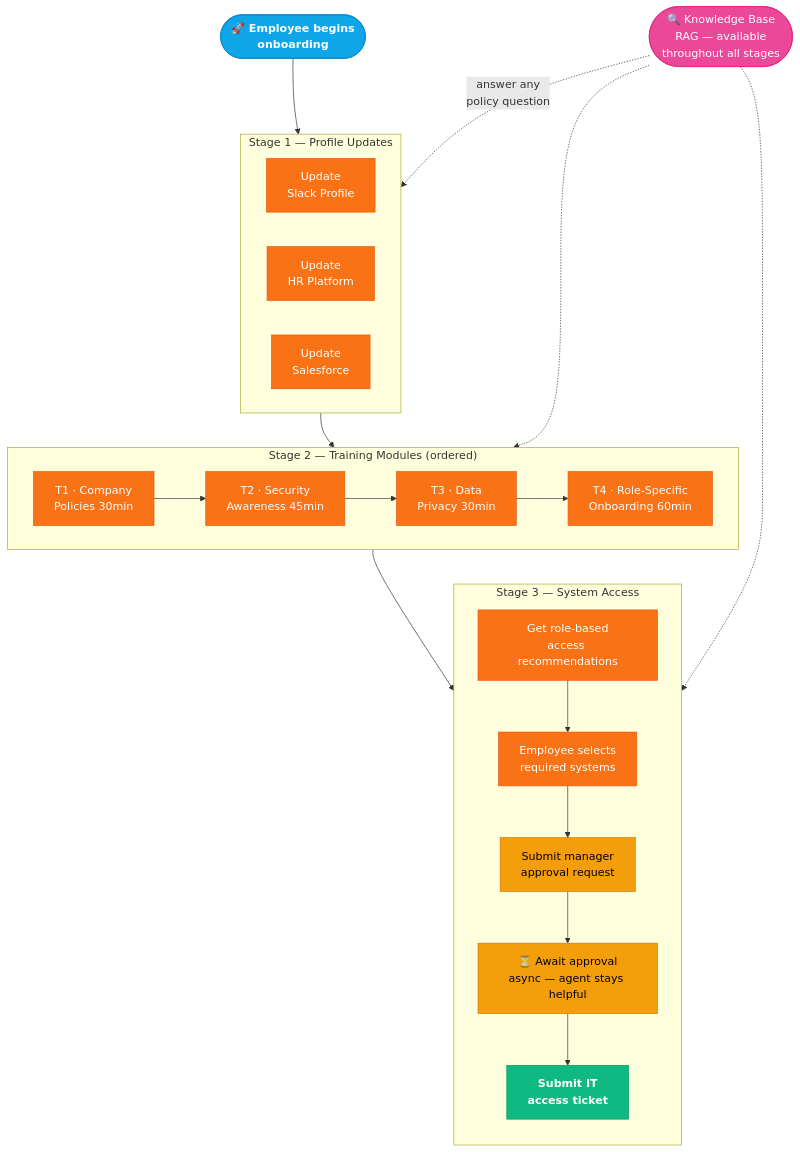
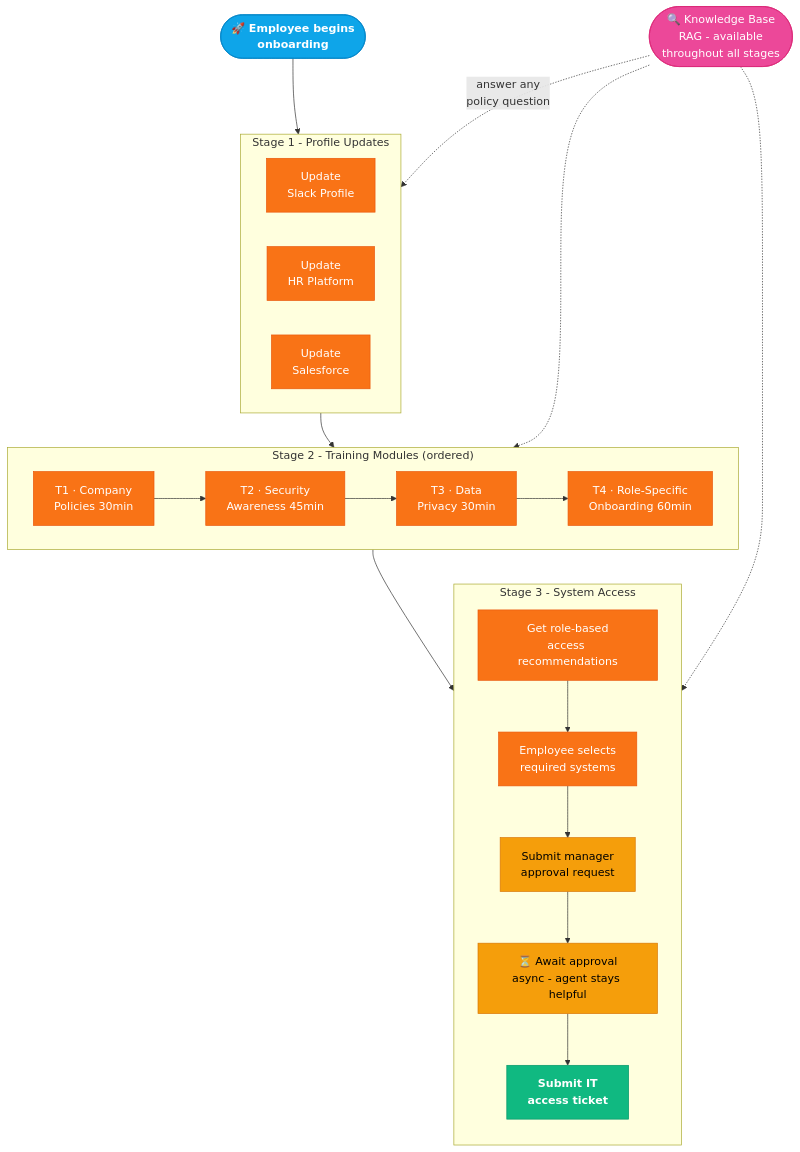
The fourth of 7 diagrams in README.md (alyab16/Employee-Onboarding-Agent), drawn with Mermaid before and after one commit. The commit also changed other lines of this file, not shown here.

````diff
--- a/README.md
+++ b/README.md
@@ -198,46 +198,46 @@
 ```mermaid
 flowchart TD
     classDef start fill:#0EA5E9,stroke:#0284C7,color:#fff,font-weight:bold
     classDef stage fill:#8B5CF6,stroke:#7C3AED,color:#fff,font-weight:bold
     classDef task fill:#F97316,stroke:#EA580C,color:#fff
     classDef async fill:#F59E0B,stroke:#D97706,color:#000
     classDef done fill:#10B981,stroke:#059669,color:#fff,font-weight:bold
     classDef rag fill:#EC4899,stroke:#DB2777,color:#fff
 
     START(["🚀 Employee begins\nonboarding"]):::start
 
-    subgraph S1 ["Stage 1 — Profile Updates"]
+    subgraph S1 ["Stage 1 - Profile Updates"]
         direction LR
         P1["Update\nSlack Profile"]:::task
         P2["Update\nHR Platform"]:::task
         P3["Update\nSalesforce"]:::task
     end
 
-    subgraph S2 ["Stage 2 — Training Modules (ordered)"]
+    subgraph S2 ["Stage 2 - Training Modules (ordered)"]
         direction LR
         T1["T1 · Company\nPolicies 30min"]:::task
         T2["T2 · Security\nAwareness 45min"]:::task
         T3["T3 · Data\nPrivacy 30min"]:::task
         T4["T4 · Role-Specific\nOnboarding 60min"]:::task
         T1 --> T2 --> T3 --> T4
     end
 
-    subgraph S3 ["Stage 3 — System Access"]
+    subgraph S3 ["Stage 3 - System Access"]
         direction TB
         A1["Get role-based\naccess recommendations"]:::task
         A2["Employee selects\nrequired systems"]:::task
         A3["Submit manager\napproval request"]:::async
-        A4["⏳ Await approval\nasync — agent stays helpful"]:::async
+        A4["⏳ Await approval\nasync - agent stays helpful"]:::async
         A5["Submit IT\naccess ticket"]:::done
         A1 --> A2 --> A3 --> A4 --> A5
     end
 
-    RAG(["🔍 Knowledge Base\nRAG — available\nthroughout all stages"]):::rag
+    RAG(["🔍 Knowledge Base\nRAG - available\nthroughout all stages"]):::rag
 
     START --> S1
     S1 --> S2
     S2 --> S3
     RAG -.->|"answer any\npolicy question"| S1
     RAG -.-> S2
     RAG -.-> S3
 ```
````
